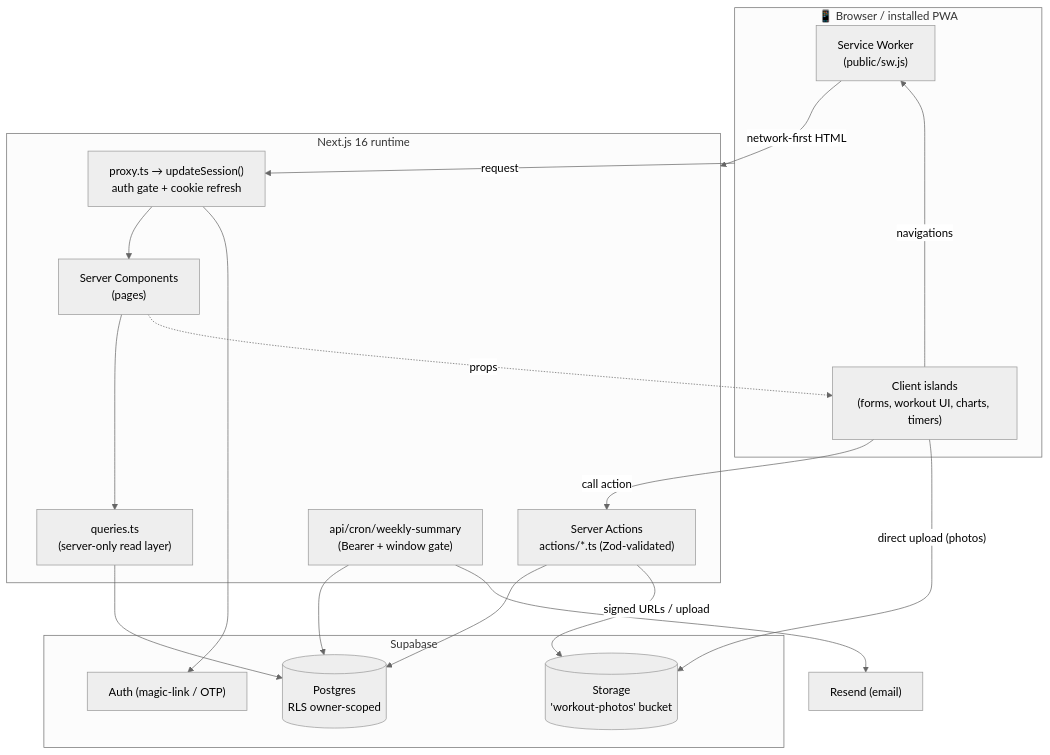
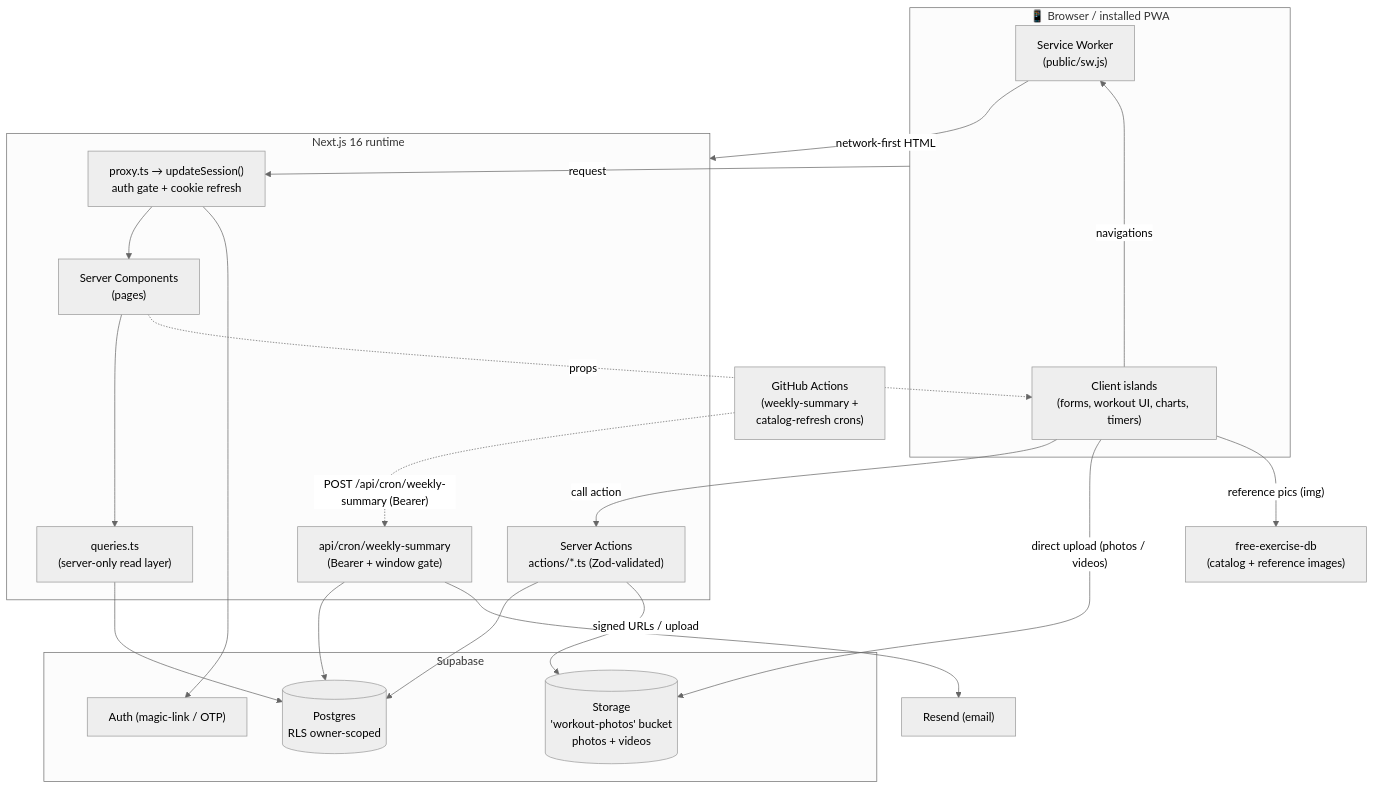
One commit to Rahul-Personal-lists/workout-tracker changed the first of 11 diagrams in docs/ARCHITECTURE.md. Above: the diagram before and after it, drawn with Mermaid (neutral theme). The commit also changed other lines of this file and 8 other files, not shown here.

First line of the commit message:
Docs: add C4 context diagram + refresh architecture suite (#105)

````diff
--- a/docs/ARCHITECTURE.md
+++ b/docs/ARCHITECTURE.md
@@ -29,36 +37,40 @@
 ```mermaid
 flowchart TB
     subgraph Browser["📱 Browser / installed PWA"]
         SW["Service Worker<br/>(public/sw.js)"]
         RC["Client islands<br/>(forms, workout UI, charts, timers)"]
     end
 
     subgraph Edge["Next.js 16 runtime"]
         PX["proxy.ts → updateSession()<br/>auth gate + cookie refresh"]
         RSC["Server Components<br/>(pages)"]
         SA["Server Actions<br/>actions/*.ts (Zod-validated)"]
         Q["queries.ts<br/>(server-only read layer)"]
         CR["api/cron/weekly-summary<br/>(Bearer + window gate)"]
     end
 
     subgraph Supabase["Supabase"]
         DB[("Postgres<br/>RLS owner-scoped")]
-        ST[("Storage<br/>'workout-photos' bucket")]
+        ST[("Storage<br/>'workout-photos' bucket<br/>photos + videos")]
         AU["Auth (magic-link / OTP)"]
     end
 
     RES["Resend (email)"]
+    GHA["GitHub Actions<br/>(weekly-summary +<br/>catalog-refresh crons)"]
+    FEDB["free-exercise-db<br/>(catalog + reference images)"]
 
     RC -->|navigations| SW -->|network-first HTML| Edge
     RC -->|"call action"| SA
     Browser -->|"request"| PX
     PX --> RSC
     RSC --> Q --> DB
     SA --> DB
     SA -->|signed URLs / upload| ST
-    RC -->|"direct upload (photos)"| ST
+    RC -->|"direct upload (photos / videos)"| ST
+    RC -->|"reference pics (img)"| FEDB
     PX --> AU
+    GHA -.->|"POST /api/cron/weekly-summary (Bearer)"| CR
     CR --> DB
     CR --> RES
     RSC -.->|props| RC
 ```
````
